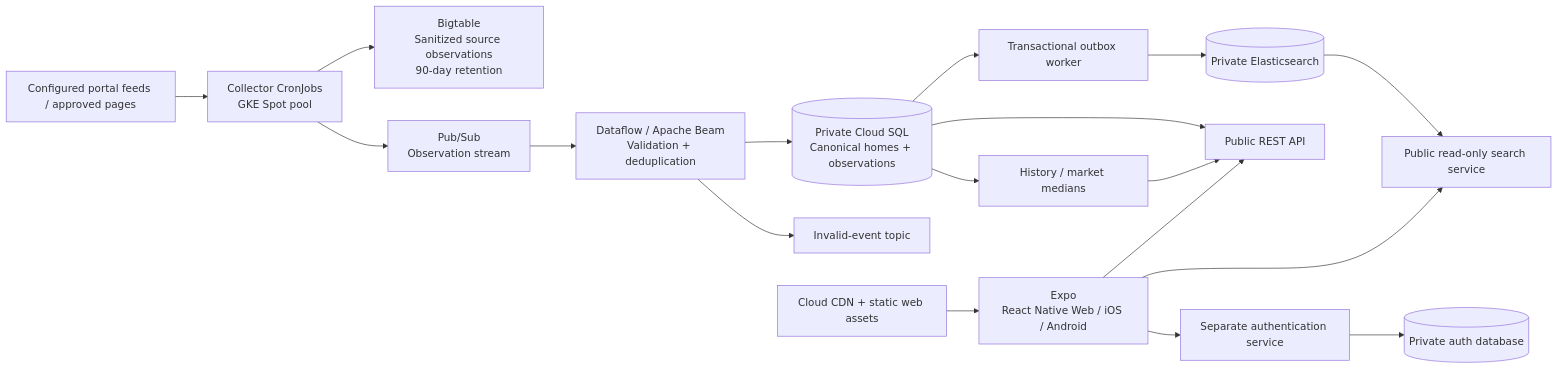
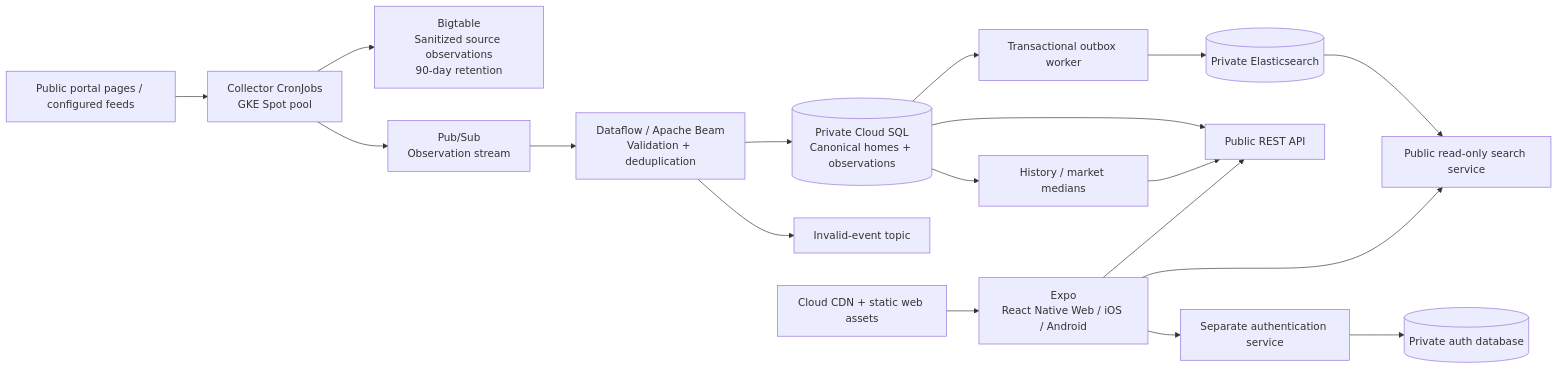
Before and after one commit to alex-noel/realtoruch: the diagram in docs/architecture.md, drawn with Mermaid. The commit also changed other lines of this file and 34 other files, not shown here.

````diff
--- a/docs/architecture.md
+++ b/docs/architecture.md
@@ -5,20 +5,20 @@
 ```mermaid
 flowchart LR
-  feeds[Configured portal feeds / approved pages] --> jobs[Collector CronJobs\nGKE Spot pool]
+  feeds[Public portal pages / configured feeds] --> jobs[Collector CronJobs\nGKE Spot pool]
   jobs --> raw[Bigtable\nSanitized source observations\n90-day retention]
   jobs --> pub[Pub/Sub\nObservation stream]
   pub --> beam[Dataflow / Apache Beam\nValidation + deduplication]
   beam --> sql[(Private Cloud SQL\nCanonical homes + observations)]
   beam --> dlq[Invalid-event topic]
   sql --> outbox[Transactional outbox worker]
   outbox --> es[(Private Elasticsearch)]
   es --> search[Public read-only search service]
   sql --> api[Public REST API]
   sql --> history[History / market medians]
   history --> api
   auth[Separate authentication service] --> authdb[(Private auth database)]
   cdn[Cloud CDN + static web assets] --> clients[Expo\nReact Native Web / iOS / Android]
   clients --> api
   clients --> search
   clients --> auth
 ```
````
